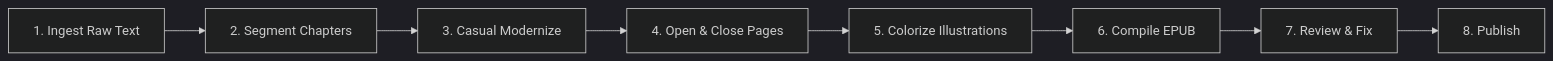
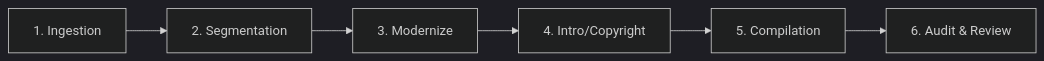
One commit to hongwk2001/TKprof_book changed the diagram in books/scarlet_letter/scarlet_letter_roadmap.md. Above: the diagram before and after it, drawn with Mermaid (dark theme). The commit also changed other lines of this file and 228 other files, not shown here.

````diff
--- a/books/scarlet_letter/scarlet_letter_roadmap.md
+++ b/books/scarlet_letter/scarlet_letter_roadmap.md
@@ -9,10 +9,8 @@
 ```mermaid
 flowchart LR
-    Ingest[1. Ingest Raw Text] --> Segment[2. Segment Chapters]
-    Segment --> Modernize[3. Casual Modernize]
-    Modernize --> OpenClose[4. Open & Close Pages]
-    OpenClose --> Colorize[5. Colorize Illustrations]
-    Colorize --> Compile[6. Compile EPUB]
-    Compile --> Review[7. Review & Fix]
-    Review --> Publish[8. Publish]
+    Ingest[1. Ingestion] --> Segment[2. Segmentation]
+    Segment --> Modernize[3. Modernize]
+    Modernize --> OpenClose[4. Intro/Copyright]
+    OpenClose --> Compile[5. Compilation]
+    Compile --> Audit[6. Audit & Review]
 ```
````
